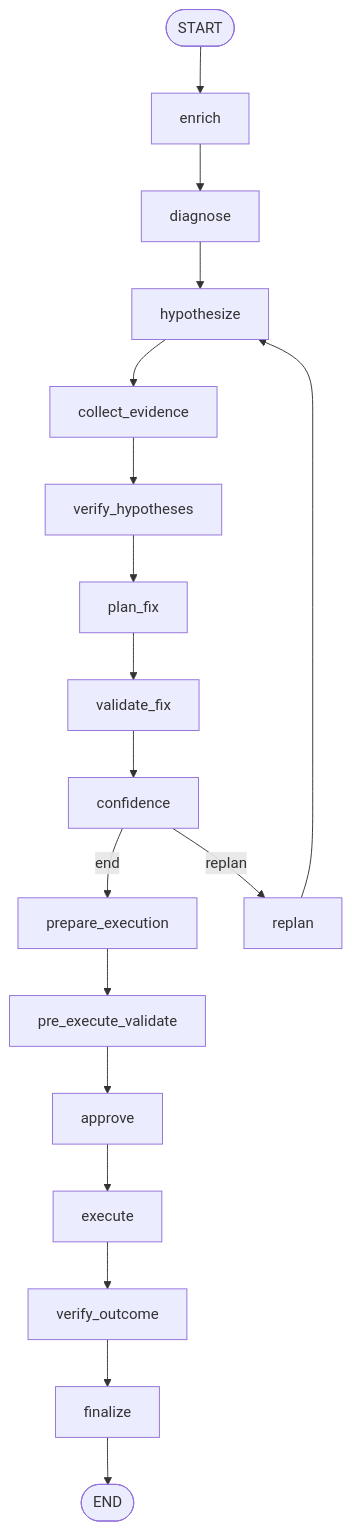
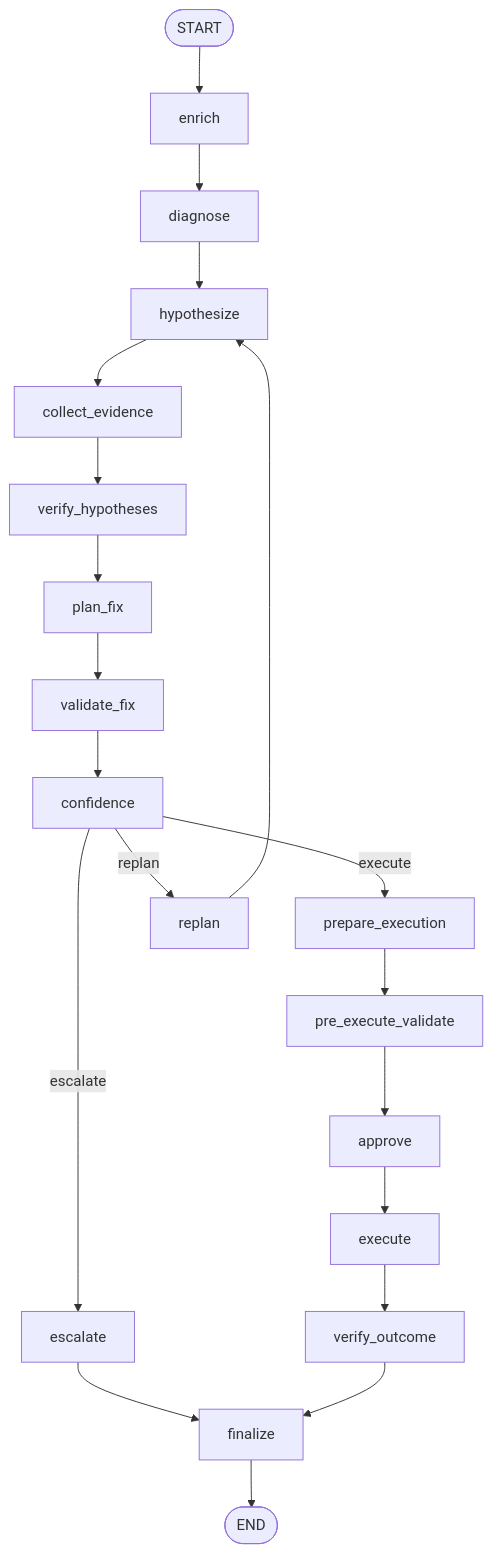
The second of 2 diagrams in docs/ARCHITECTURE.md (devAryagupta/autonomous-incident-response-agent), drawn with Mermaid before and after one commit. The commit also changed other lines of this file and 125 other files, not shown here.

````diff
--- a/docs/ARCHITECTURE.md
+++ b/docs/ARCHITECTURE.md
@@ -73,22 +84,24 @@
 ```mermaid
 flowchart TD
   START([START]) --> enrich
   enrich --> diagnose
   diagnose --> hypothesize
   hypothesize --> collect_evidence
   collect_evidence --> verify_hypotheses
   verify_hypotheses --> plan_fix
   plan_fix --> validate_fix
   validate_fix --> confidence
 
-  confidence -->|end| prepare_execution
+  confidence -->|execute| prepare_execution
   confidence -->|replan| replan
+  confidence -->|escalate| escalate
   replan --> hypothesize
+  escalate --> finalize
 
   prepare_execution --> pre_execute_validate
   pre_execute_validate --> approve
   approve --> execute
   execute --> verify_outcome
   verify_outcome --> finalize
   finalize --> END([END])
 ```
````
